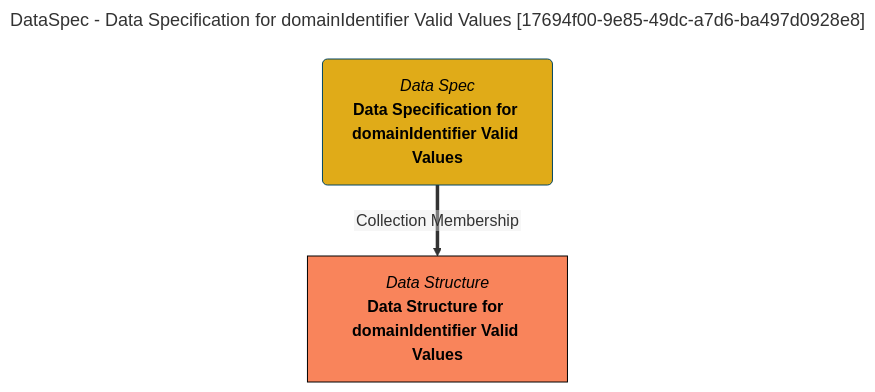
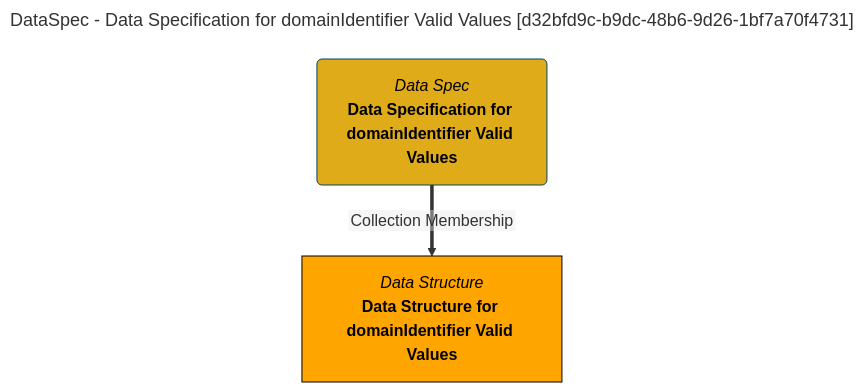
The diagram in site/snippets/collections/data-specs/data-specification-for-domainidentifier-valid-values-mermaid-graph.md (odpi/egeria-docs), drawn with Mermaid before and after one commit. The commit also changed 2201 other files, not shown here.

````diff
--- a/site/snippets/collections/data-specs/data-specification-for-domainidentifier-valid-values-mermaid-graph.md
+++ b/site/snippets/collections/data-specs/data-specification-for-domainidentifier-valid-values-mermaid-graph.md
@@ -1,15 +1,15 @@
 ```mermaid
 ---
-title: DataSpec - Data Specification for domainIdentifier Valid Values [17694f00-9e85-49dc-a7d6-ba497d0928e8]
+title: DataSpec - Data Specification for domainIdentifier Valid Values [d32bfd9c-b9dc-48b6-9d26-1bf7a70f4731]
 ---
 flowchart TD
 %%{init: {"flowchart": {"htmlLabels": false}} }%%
 
 1@{ shape: rounded, label: "*Data Spec*
 **Data Specification for domainIdentifier Valid Values**"}
 2@{ shape: rect, label: "*Data Structure*
 **Data Structure for domainIdentifier Valid Values**"}
 1==>|"Collection Membership"|2
 style 1 color:#000000, fill:#e0ab18, stroke:#004563
-style 2 color:#000000, fill:#f9845b, stroke:#000000
+style 2 color:#000000, fill:#FFA500, stroke:#000000
 ```
````
